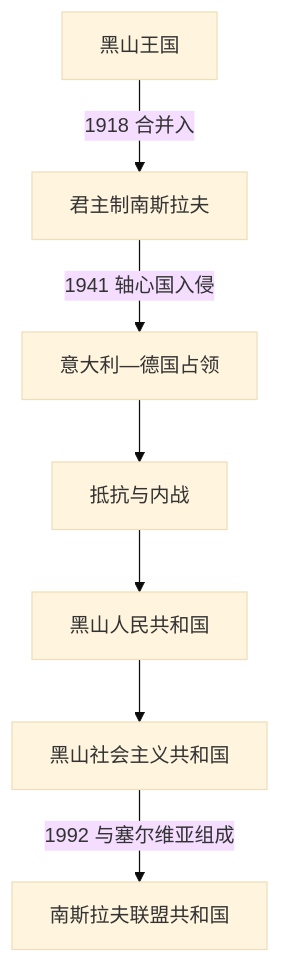
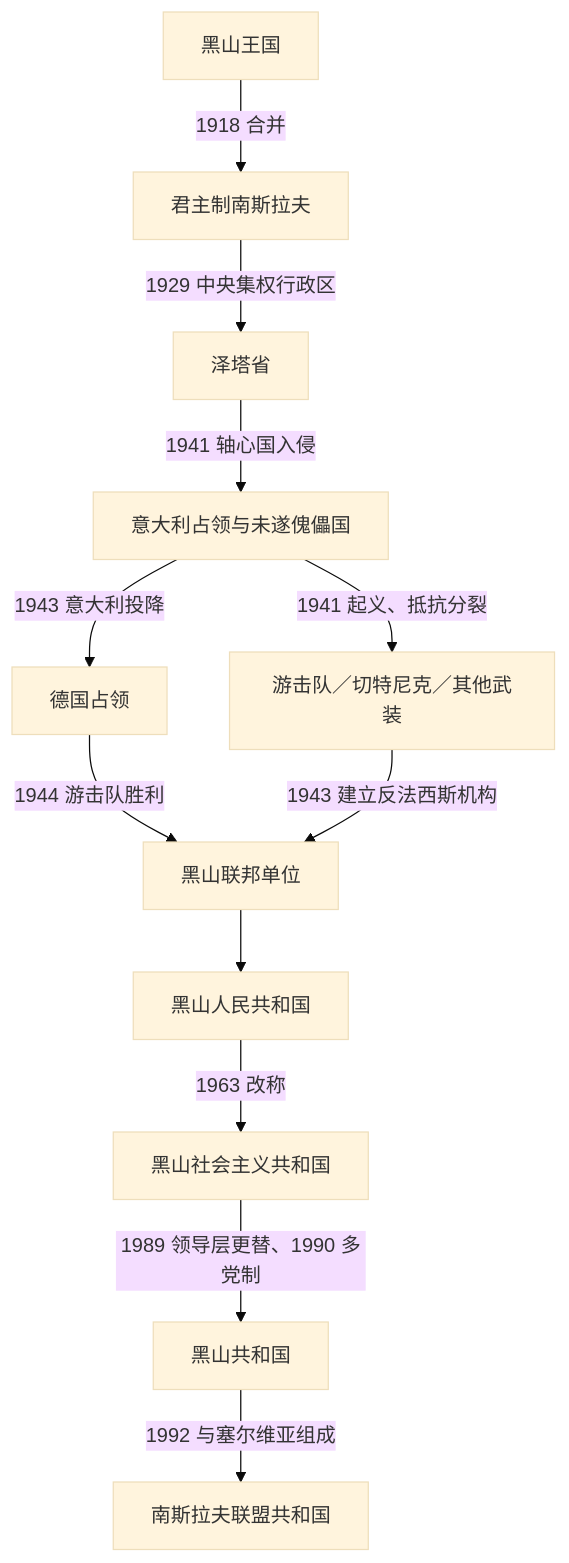
Before and after one commit to tianlan-dev/learning-notes: the diagram in 人文科学/历史/欧洲/东南欧与巴尔干/黑山/南斯拉夫时期的黑山.md, drawn with Mermaid (base theme). The commit also changed other lines of this file and 1417 other files, not shown here.

````diff
--- a/人文科学/历史/欧洲/东南欧与巴尔干/黑山/南斯拉夫时期的黑山.md
+++ b/人文科学/历史/欧洲/东南欧与巴尔干/黑山/南斯拉夫时期的黑山.md
@@ -38,9 +104,14 @@
 ```mermaid
 flowchart TD
-    KingdomMontenegro["黑山王国"] -->|"1918 合并入"| YugKingdom["君主制南斯拉夫"]
-    YugKingdom -->|"1941 轴心国入侵"| Occupation["意大利—德国占领"]
-    Occupation --> Resistance["抵抗与内战"]
-    Resistance --> PeoplesRepublic["黑山人民共和国"]
-    PeoplesRepublic --> SocialistRepublic["黑山社会主义共和国"]
-    SocialistRepublic -->|"1992 与塞尔维亚组成"| FRY["南斯拉夫联盟共和国"]
+    MontenegroKingdom["黑山王国"] -->|"1918 合并"| YugKingdom["君主制南斯拉夫"]
+    YugKingdom -->|"1929 中央集权行政区"| ZetaBanovina["泽塔省"]
+    ZetaBanovina -->|"1941 轴心国入侵"| ItalianOccupation["意大利占领与未遂傀儡国"]
+    ItalianOccupation -->|"1943 意大利投降"| GermanOccupation["德国占领"]
+    ItalianOccupation -->|"1941 起义、抵抗分裂"| Resistance["游击队／切特尼克／其他武装"]
+    GermanOccupation -->|"1944 游击队胜利"| FederalUnit["黑山联邦单位"]
+    Resistance -->|"1943 建立反法西斯机构"| FederalUnit
+    FederalUnit --> PeoplesRepublic["黑山人民共和国"]
+    PeoplesRepublic -->|"1963 改称"| SocialistRepublic["黑山社会主义共和国"]
+    SocialistRepublic -->|"1989 领导层更替、1990 多党制"| Republic["黑山共和国"]
+    Republic -->|"1992 与塞尔维亚组成"| FRY["南斯拉夫联盟共和国"]
 ```
````
